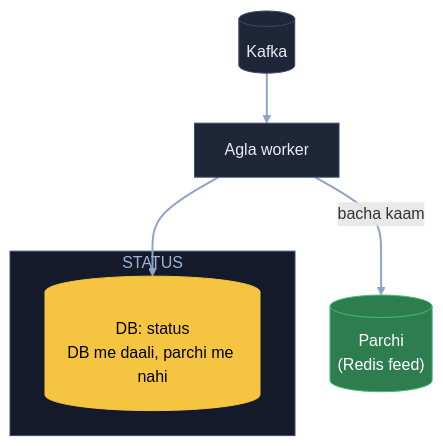
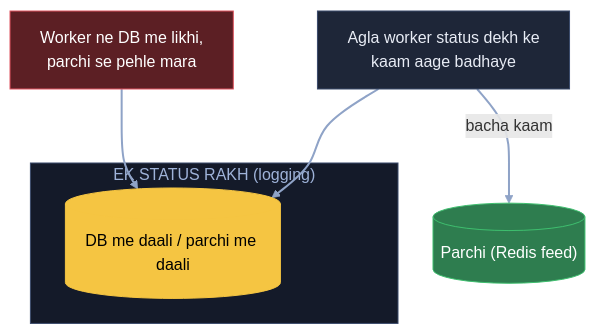
Before and after one commit to ArpanMaheshwari144/Prep: diagram 11 of 11 in 04_HLD/SYSTEM_DESIGNS/08_news_aggregator/08_news_aggregator.md, drawn with Mermaid. The commit also changed other lines of this file, not shown here.

Commit message:
News: 11 diagram hand notes ke shabdon se; K6 se apna jodा timeout / circuit breaker hataya

````diff
--- a/04_HLD/SYSTEM_DESIGNS/08_news_aggregator/08_news_aggregator.md
+++ b/04_HLD/SYSTEM_DESIGNS/08_news_aggregator/08_news_aggregator.md
@@ -329,18 +331,18 @@
 ```mermaid
 flowchart TB
-    K[("Kafka")]:::card
-    W2["Agla worker"]:::card
-    subgraph ST["STATUS"]
-        D[("DB: status<br/>DB me daali, parchi me nahi")]:::pill
+    W1["Worker ne DB me likhi,<br/>parchi se pehle mara"]:::bad
+    subgraph ST["EK STATUS RAKH (logging)"]
+        D[("DB me daali / parchi me daali")]:::pill
     end
-    P[("Parchi<br/>(Redis feed)")]:::good
-    K --> W2
+    W2["Agla worker status dekh ke<br/>kaam aage badhaye"]:::card
+    P[("Parchi (Redis feed)")]:::good
+    W1 --> D
     W2 --> D
     W2 -- "bacha kaam" --> P
     linkStyle default stroke:#8fa3c7,stroke-width:2px
     classDef card fill:#1e2638,stroke:#3a4a6b,color:#e8ecf5
     classDef pill fill:#f5c542,stroke:#f5c542,color:#000
     classDef good fill:#2e7d4f,stroke:#3fbf6f,color:#fff
     classDef bad fill:#5c1f24,stroke:#e05561,color:#fff
     style ST fill:#141a29,stroke:#3a4a6b,color:#9fb3d9
 ```
````
